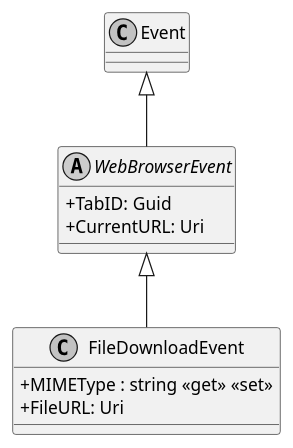
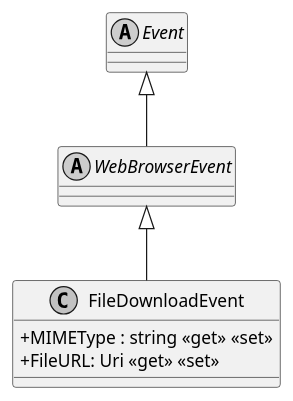
The diagram in documents/sd/plantuml/application/Modules/WebBrowser/Events/FileDownloadEvent.puml (insightmind/MORR), drawn with PlantUML before and after one commit. The commit also changed 27 other files, not shown here.

```diff
--- a/documents/sd/plantuml/application/Modules/WebBrowser/Events/FileDownloadEvent.puml
+++ b/documents/sd/plantuml/application/Modules/WebBrowser/Events/FileDownloadEvent.puml
@@ -1,15 +1,15 @@
 @startuml
 skinparam monochrome true
 skinparam classAttributeIconSize 0
 
 class FileDownloadEvent {
     + MIMEType : string <<get>> <<set>>
-    + FileURL: Uri
+    + FileURL: Uri <<get>> <<set>>
 }
 abstract class WebBrowserEvent {
-    + TabID: Guid
-    + CurrentURL: Uri
+    
 }
+abstract class Event
 WebBrowserEvent <|-- FileDownloadEvent
 Event <|-- WebBrowserEvent
 @enduml
```
